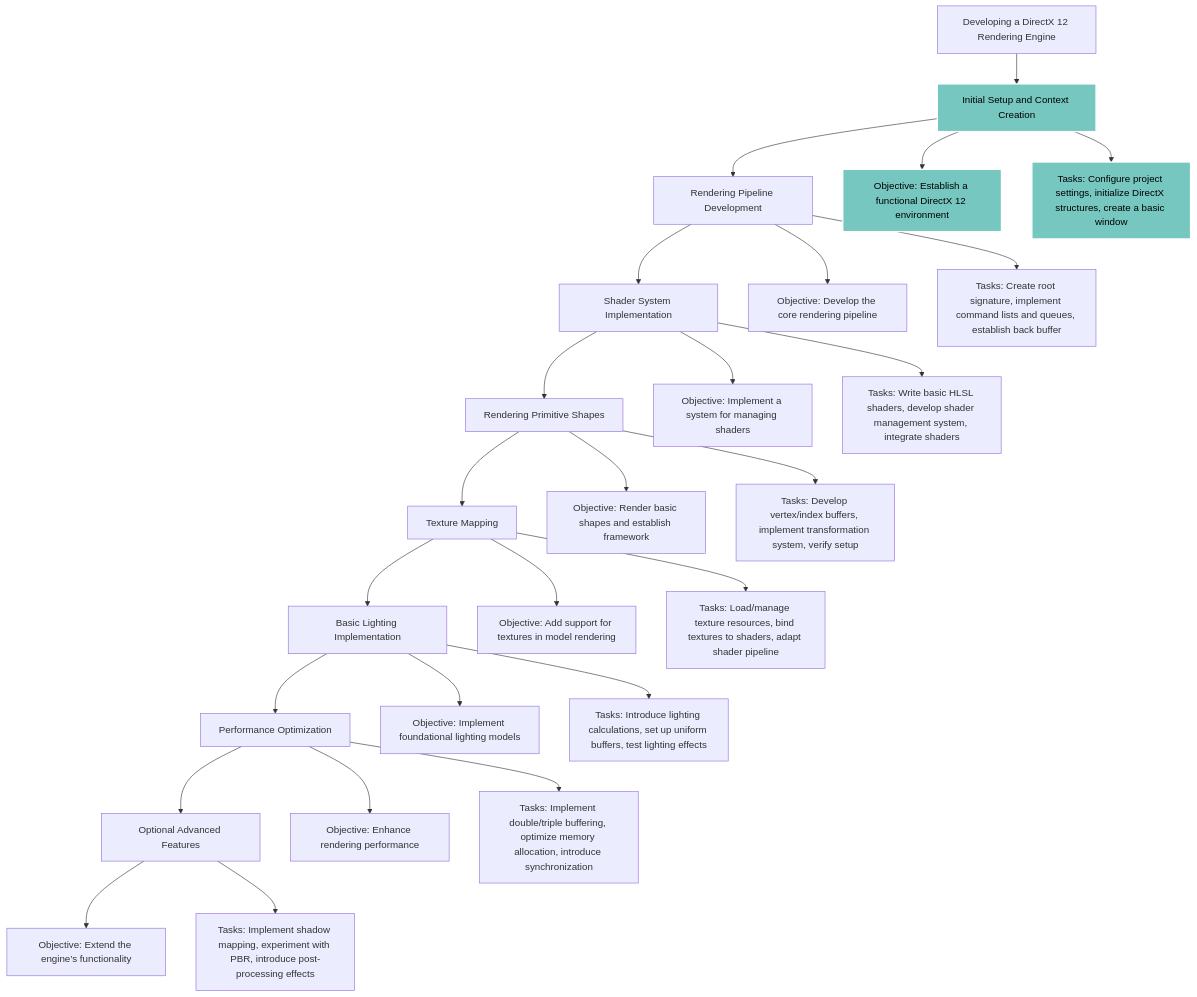
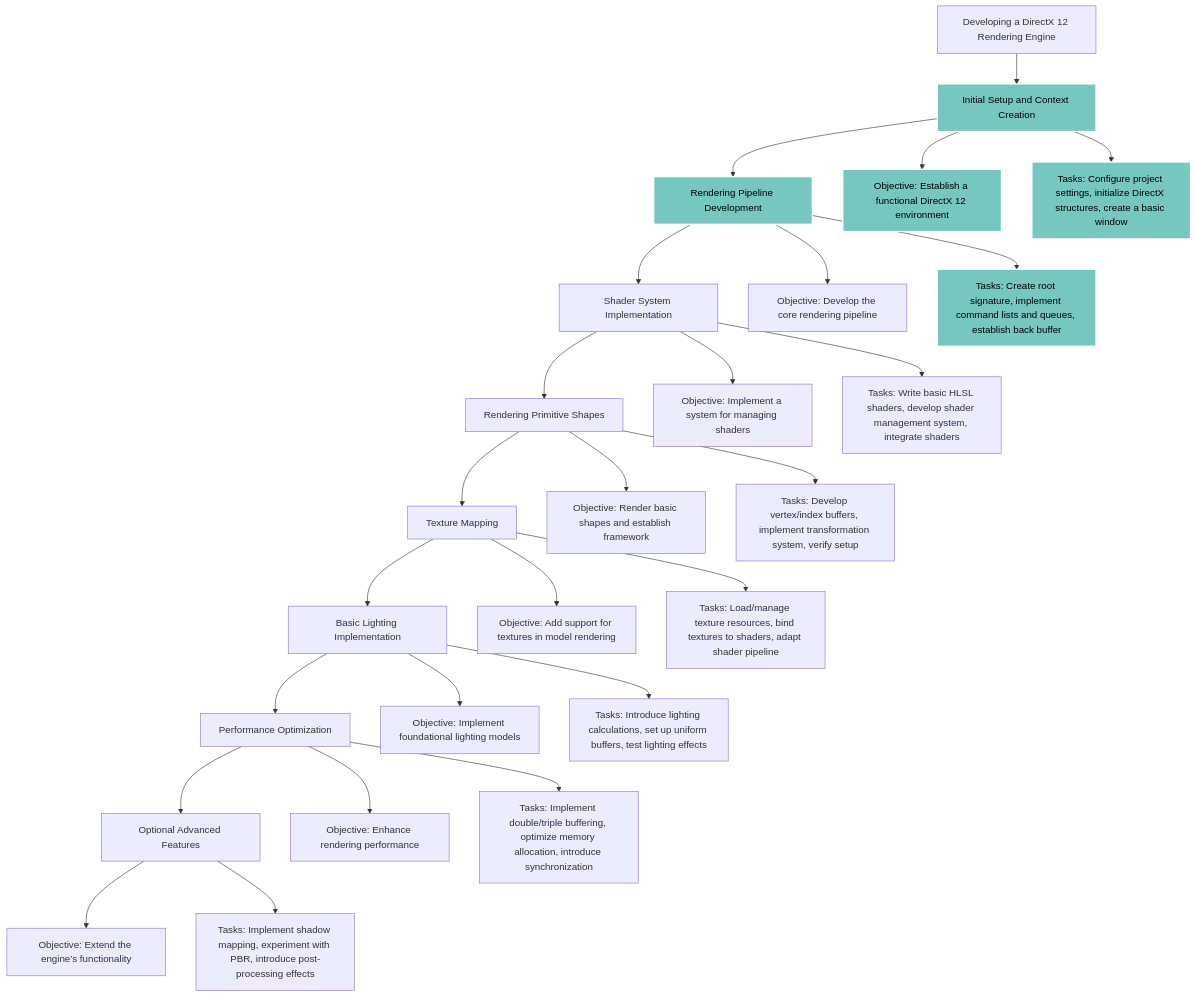
One commit to kianniek/DirectX-12-Engine changed the diagram in README.md. Above: the diagram before and after it, drawn with Mermaid.

````diff
--- a/README.md
+++ b/README.md
@@ -12,40 +12,43 @@
 ```mermaid
 graph TD
     A[Developing a DirectX 12 Rendering Engine] --> B[Initial Setup and Context Creation]
     B --> C[Rendering Pipeline Development]
     C --> D[Shader System Implementation]
     D --> E[Rendering Primitive Shapes]
     E --> F[Texture Mapping]
     F --> G[Basic Lighting Implementation]
     G --> H[Performance Optimization]
     H --> I[Optional Advanced Features]
 
     B --> B1[Objective: Establish a functional DirectX 12 environment]
     B --> B2[Tasks: Configure project settings, initialize DirectX structures, create a basic window]
 
     style B fill:#76c7c0,stroke:#ffffff,stroke-width:2px,color: black;
     style B1 fill:#76c7c0,stroke:#ffffff,stroke-width:2px,color: black;
     style B2 fill:#76c7c0,stroke:#ffffff,stroke-width:2px,color: black;
 
     C --> C1[Objective: Develop the core rendering pipeline]
     C --> C2[Tasks: Create root signature, implement command lists and queues, establish back buffer]
 
+    style C fill:#76c7c0,stroke:#ffffff,stroke-width:2px,color: black;
+    style C2 fill:#76c7c0,stroke:#ffffff,stroke-width:2px,color: black;
+
     D --> D1[Objective: Implement a system for managing shaders]
     D --> D2[Tasks: Write basic HLSL shaders, develop shader management system, integrate shaders]
 
     E --> E1[Objective: Render basic shapes and establish framework]
     E --> E2[Tasks: Develop vertex/index buffers, implement transformation system, verify setup]
 
     F --> F1[Objective: Add support for textures in model rendering]
     F --> F2[Tasks: Load/manage texture resources, bind textures to shaders, adapt shader pipeline]
 
     G --> G1[Objective: Implement foundational lighting models]
     G --> G2[Tasks: Introduce lighting calculations, set up uniform buffers, test lighting effects]
 
     H --> H1[Objective: Enhance rendering performance]
     H --> H2[Tasks: Implement double/triple buffering, optimize memory allocation, introduce synchronization]
 
     I --> I1[Objective: Extend the engine’s functionality]
     I --> I2[Tasks: Implement shadow mapping, experiment with PBR, introduce post-processing effects]
 
 ```
````
